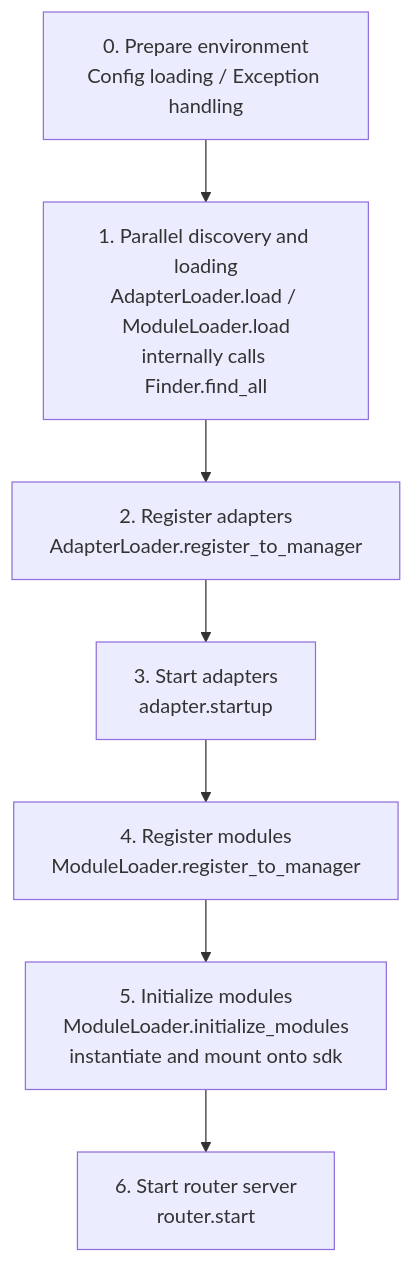
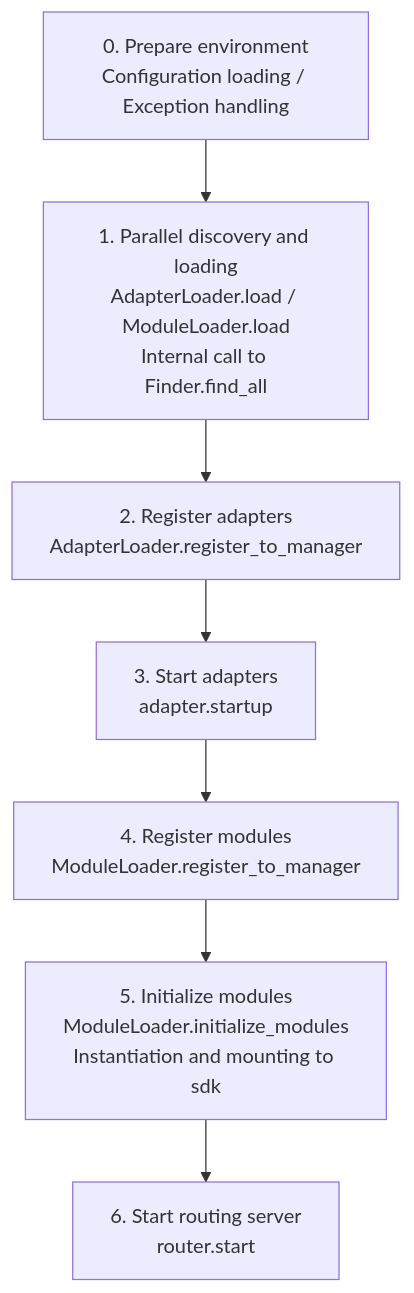
One commit to ErisPulse/ErisPulse changed the diagram in docs/en/advanced/startup.md. Above: the diagram before and after it, drawn with Mermaid. The commit also changed other lines of this file and 75 other files, not shown here.

````diff
--- a/docs/en/advanced/startup.md
+++ b/docs/en/advanced/startup.md
@@ -31,10 +30,10 @@
 ```mermaid
 flowchart TD
-    A[0. Prepare environment<br/>Config loading / Exception handling] --> B
-    B[1. Parallel discovery and loading<br/>AdapterLoader.load / ModuleLoader.load<br/>internally calls Finder.find_all] --> C
+    A[0. Prepare environment<br/>Configuration loading / Exception handling] --> B
+    B[1. Parallel discovery and loading<br/>AdapterLoader.load / ModuleLoader.load<br/>Internal call to Finder.find_all] --> C
     C[2. Register adapters<br/>AdapterLoader.register_to_manager] --> D
     D[3. Start adapters<br/>adapter.startup] --> E
     E[4. Register modules<br/>ModuleLoader.register_to_manager] --> F
-    F[5. Initialize modules<br/>ModuleLoader.initialize_modules<br/>instantiate and mount onto sdk] --> G
-    G[6. Start router server<br/>router.start]
+    F[5. Initialize modules<br/>ModuleLoader.initialize_modules<br/>Instantiation and mounting to sdk] --> G
+    G[6. Start routing server<br/>router.start]
 ```
````
